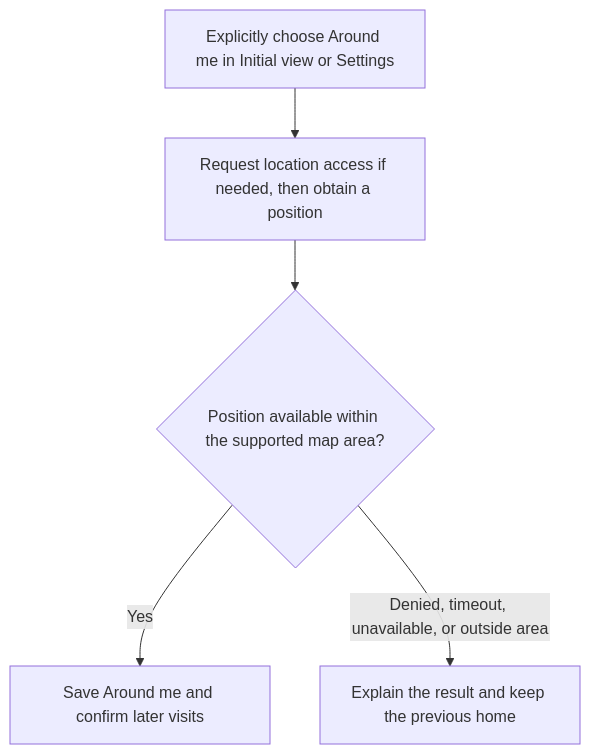
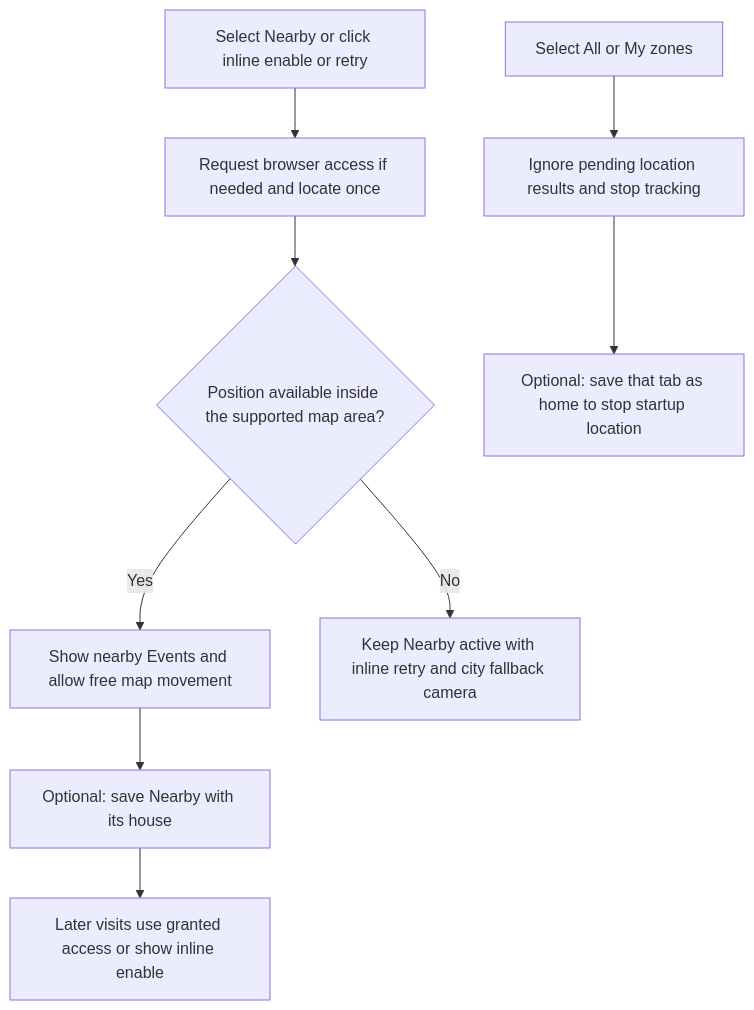
One commit to vbuch/oboapp changed the fourth of 4 diagrams in docs/ux/user-journeys.md. Above: the diagram before and after it, drawn with Mermaid. The commit also changed other lines of this file and 4 other files, not shown here.

````diff
--- a/docs/ux/user-journeys.md
+++ b/docs/ux/user-journeys.md
@@ -80,7 +87,11 @@
 ```mermaid
 flowchart TD
-    Choose[Explicitly choose Around me in Initial view or Settings] --> Access[Request location access if needed, then obtain a position]
-    Access --> Result{Position available within the supported map area?}
-    Result -->|Yes| Save[Save Around me and confirm later visits]
-    Result -->|Denied, timeout, unavailable, or outside area| Keep[Explain the result and keep the previous home]
+    Select[Select Nearby or click inline enable or retry] --> Access[Request browser access if needed and locate once]
+    Access --> Result{Position available inside the supported map area?}
+    Result -->|Yes| View[Show nearby Events and allow free map movement]
+    Result -->|No| Recovery[Keep Nearby active with inline retry and city fallback camera]
+    View --> Save[Optional: save Nearby with its house]
+    Save --> Later[Later visits use granted access or show inline enable]
+    Leave[Select All or My zones] --> Stop[Ignore pending location results and stop tracking]
+    Stop --> Home[Optional: save that tab as home to stop startup location]
 ```
````
